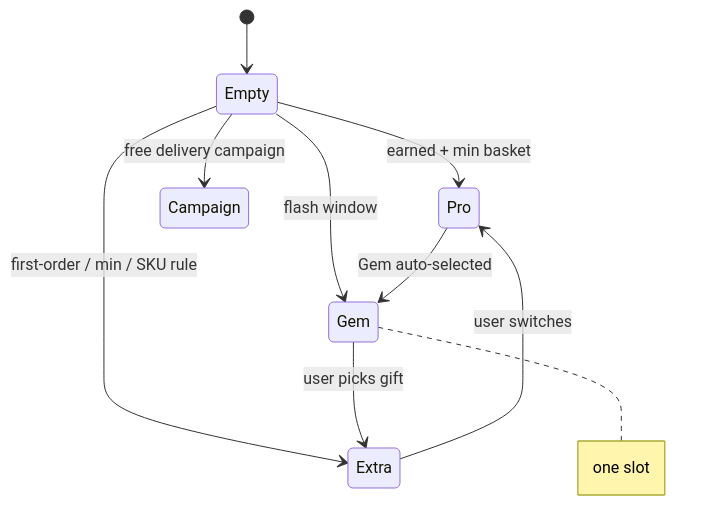
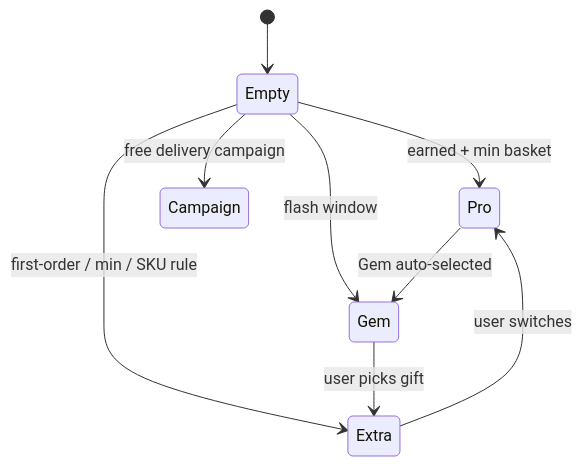
Before and after one commit to erfnzdeh/snapp-hack: the ninth of 12 diagrams in README.md, drawn with Mermaid. The commit also changed other lines of this file, not shown here.

````diff
--- a/README.md
+++ b/README.md
@@ -349,12 +688,11 @@
 ```mermaid
 stateDiagram-v2
   [*] --> Empty
   Empty --> Pro: earned + min basket
   Empty --> Gem: flash window
   Empty --> Extra: first-order / min / SKU rule
   Empty --> Campaign: free delivery campaign
   Pro --> Gem: Gem auto-selected
   Gem --> Extra: user picks gift
   Extra --> Pro: user switches
-  note right of Gem: one slot
 ```
````
